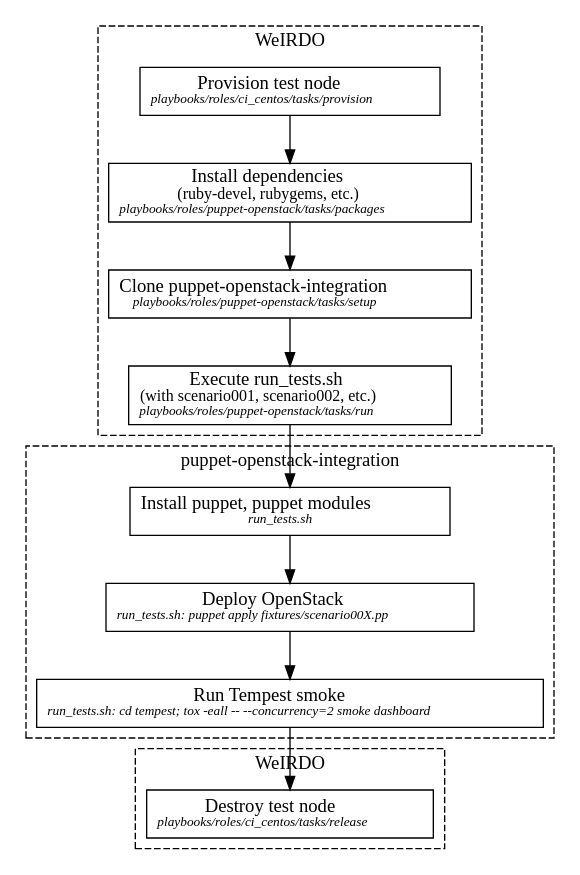
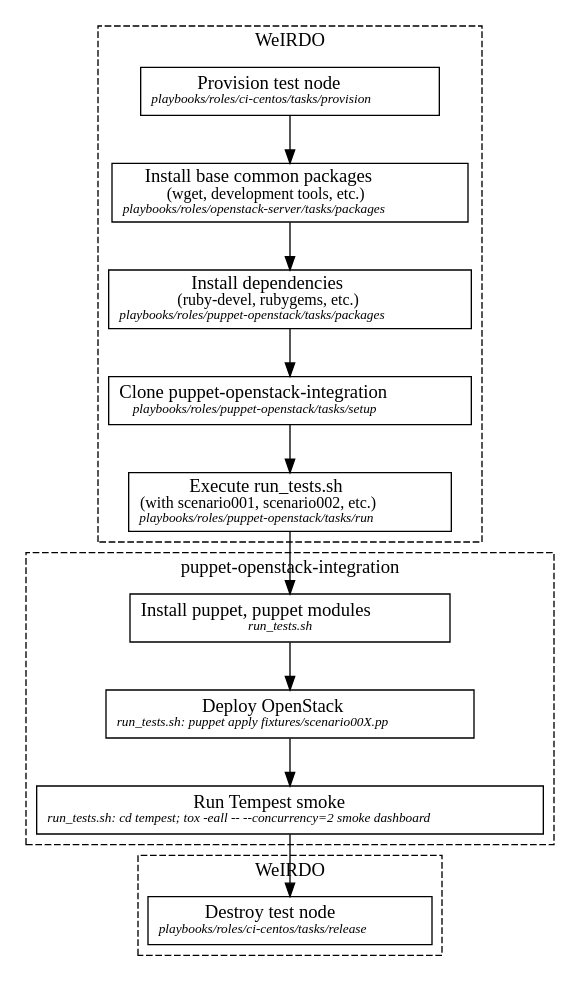
One commit to rdo-infra/weirdo changed the first of 2 diagrams in docs/how.rst. Above: the diagram before and after it, drawn with Graphviz. The commit also changed other lines of this file and 1 other file, not shown here.

Commit message:
Add Kolla documentation and missing bits to puppet integration doc

```diff
--- a/docs/how.rst
+++ b/docs/how.rst
@@ -62,30 +68,31 @@
 .. graphviz::
 
     digraph {
-      a  [shape = polygon, sides = 4,label = <Provision test node<br/><FONT POINT-SIZE='10'><I>playbooks/roles/ci_centos/tasks/provision</I></FONT>>]
-      b  [shape = polygon, sides = 4,label = <Install dependencies<br/><FONT POINT-SIZE='12'>(ruby-devel, rubygems, etc.)</FONT><br/><FONT POINT-SIZE='10'><I>playbooks/roles/puppet-openstack/tasks/packages</I></FONT>>]
-      c  [shape = polygon, sides = 4,label = <Clone puppet-openstack-integration<br/><FONT POINT-SIZE='10'><I>playbooks/roles/puppet-openstack/tasks/setup</I></FONT>>]
-      d  [shape = polygon, sides = 4,label = <Execute run_tests.sh<br/><FONT POINT-SIZE='12'>(with scenario001, scenario002, etc.)</FONT><br/><FONT POINT-SIZE='10'><I>playbooks/roles/puppet-openstack/tasks/run</I></FONT>>]
-      e  [shape = polygon, sides = 4,label = <Install puppet, puppet modules<br/><FONT POINT-SIZE='10'><I>run_tests.sh</I></FONT>>]
-      f  [shape = polygon, sides = 4,label = <Deploy OpenStack<br/><FONT POINT-SIZE='10'><I>run_tests.sh: puppet apply fixtures/scenario00X.pp</I></FONT>>]
-      g  [shape = polygon, sides = 4,label = <Run Tempest smoke<br/><FONT POINT-SIZE='10'><I>run_tests.sh: cd tempest; tox -eall -- --concurrency=2 smoke dashboard</I></FONT>>]
-      h  [shape = polygon, sides = 4,label = <Destroy test node<br/><FONT POINT-SIZE='10'><I>playbooks/roles/ci_centos/tasks/release</I></FONT>>]
+      a  [shape = polygon, sides = 4,label = <Provision test node<br/><FONT POINT-SIZE='10'><I>playbooks/roles/ci-centos/tasks/provision</I></FONT>>]
+      b  [shape = polygon, sides = 4,label = <Install base common packages<br/><FONT POINT-SIZE='12'>(wget, development tools, etc.)</FONT><br/><FONT POINT-SIZE='10'><I>playbooks/roles/openstack-server/tasks/packages</I></FONT>>]
+      c  [shape = polygon, sides = 4,label = <Install dependencies<br/><FONT POINT-SIZE='12'>(ruby-devel, rubygems, etc.)</FONT><br/><FONT POINT-SIZE='10'><I>playbooks/roles/puppet-openstack/tasks/packages</I></FONT>>]
+      d  [shape = polygon, sides = 4,label = <Clone puppet-openstack-integration<br/><FONT POINT-SIZE='10'><I>playbooks/roles/puppet-openstack/tasks/setup</I></FONT>>]
+      e  [shape = polygon, sides = 4,label = <Execute run_tests.sh<br/><FONT POINT-SIZE='12'>(with scenario001, scenario002, etc.)</FONT><br/><FONT POINT-SIZE='10'><I>playbooks/roles/puppet-openstack/tasks/run</I></FONT>>]
+      f  [shape = polygon, sides = 4,label = <Install puppet, puppet modules<br/><FONT POINT-SIZE='10'><I>run_tests.sh</I></FONT>>]
+      g  [shape = polygon, sides = 4,label = <Deploy OpenStack<br/><FONT POINT-SIZE='10'><I>run_tests.sh: puppet apply fixtures/scenario00X.pp</I></FONT>>]
+      h  [shape = polygon, sides = 4,label = <Run Tempest smoke<br/><FONT POINT-SIZE='10'><I>run_tests.sh: cd tempest; tox -eall -- --concurrency=2 smoke dashboard</I></FONT>>]
+      i  [shape = polygon, sides = 4,label = <Destroy test node<br/><FONT POINT-SIZE='10'><I>playbooks/roles/ci-centos/tasks/release</I></FONT>>]
 
       subgraph cluster_0 {
         label = "WeIRDO";
         style = "dashed";
-        a -> b -> c -> d;
+        a -> b -> c -> d -> e;
       }
 
       subgraph cluster_1 {
         label = "puppet-openstack-integration";
         style = "dashed";
-        d -> e -> f -> g;
+        e -> f -> g -> h;
       }
 
       subgraph cluster_2 {
         label = "WeIRDO";
         style = "dashed";
-        g -> h;
+        h -> i;
       }
     }
```
